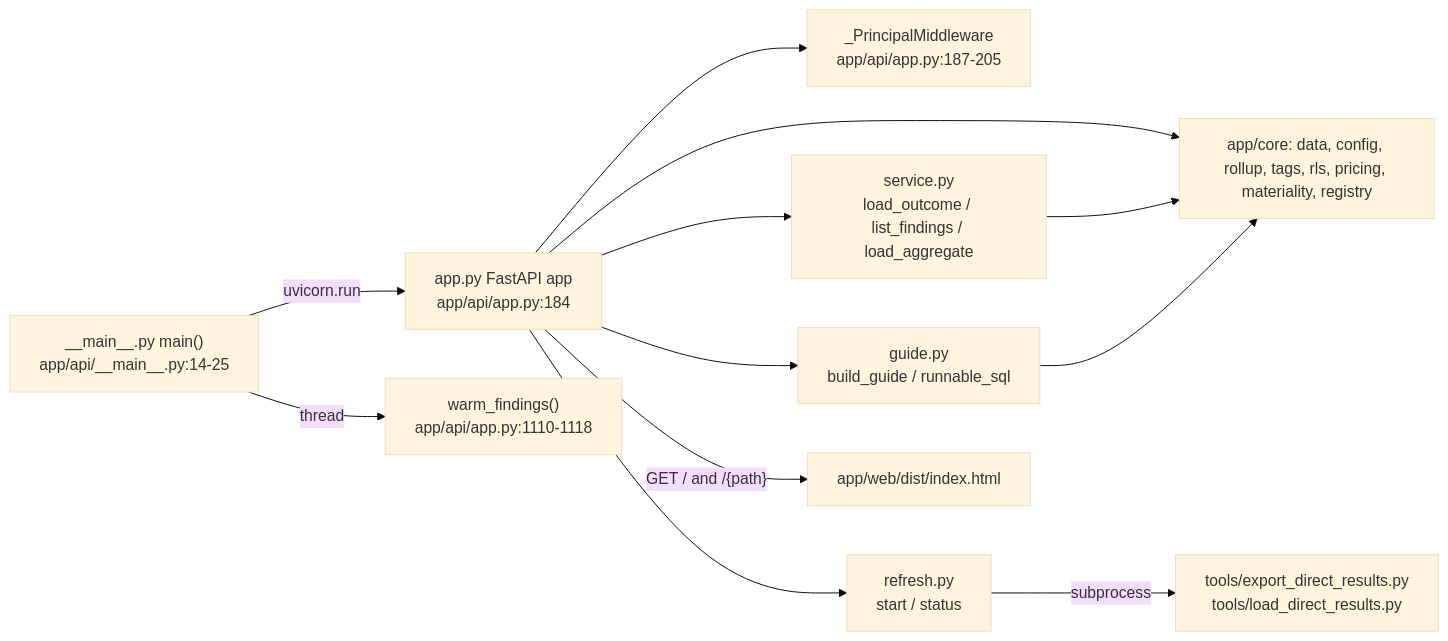
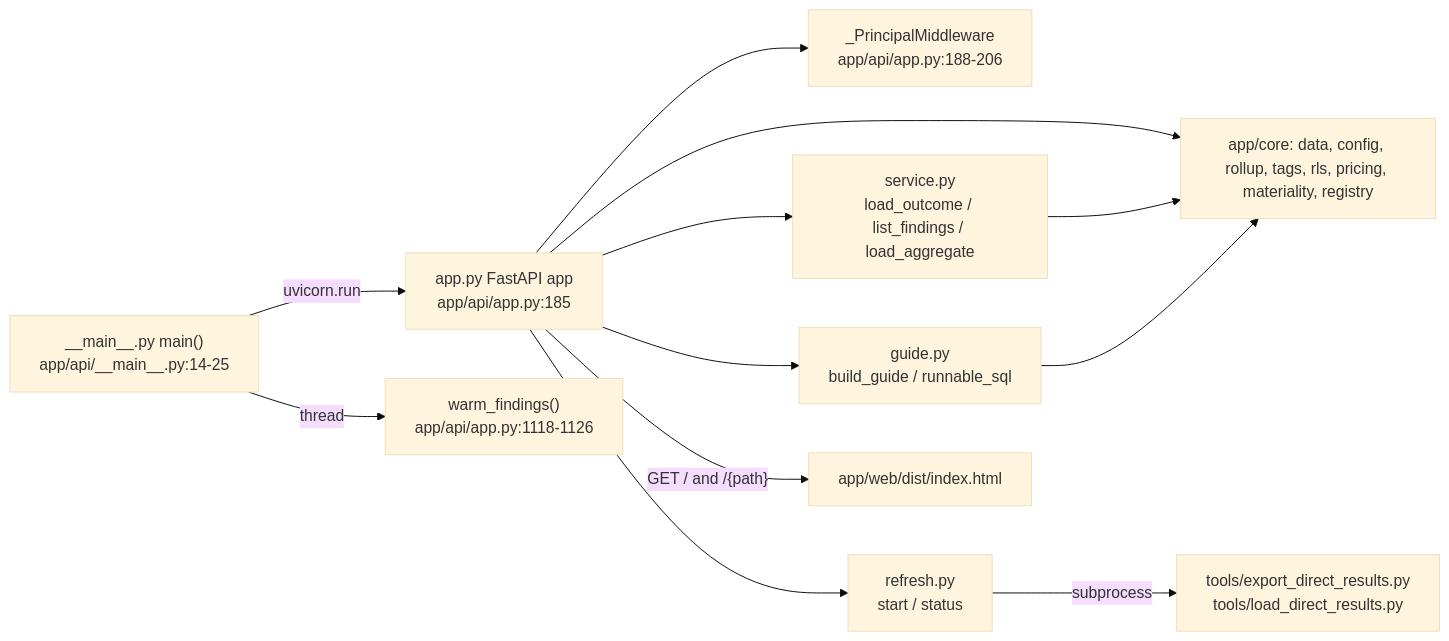
The diagram in databricks-audit-app-knowledge-graph/modules/app_api.md (darshanmeel/databricks-audit-app), drawn with Mermaid (base theme) before and after one commit. The commit also changed other lines of this file and 43 other files, not shown here.

Commit message:
Graph updated for the Data usage Catalogs and Schemas sub-tabs: 8,356 nodes and 23,475 edges

````diff
--- a/databricks-audit-app-knowledge-graph/modules/app_api.md
+++ b/databricks-audit-app-knowledge-graph/modules/app_api.md
@@ -5,14 +5,14 @@
 ```mermaid
 flowchart LR
-  main["__main__.py main()<br/>app/api/__main__.py:14-25"] -->|uvicorn.run| app["app.py FastAPI app<br/>app/api/app.py:184"]
-  main -->|thread| warm["warm_findings()<br/>app/api/app.py:1110-1118"]
-  app --> mw["_PrincipalMiddleware<br/>app/api/app.py:187-205"]
+  main["__main__.py main()<br/>app/api/__main__.py:14-25"] -->|uvicorn.run| app["app.py FastAPI app<br/>app/api/app.py:185"]
+  main -->|thread| warm["warm_findings()<br/>app/api/app.py:1118-1126"]
+  app --> mw["_PrincipalMiddleware<br/>app/api/app.py:188-206"]
   app --> svc["service.py<br/>load_outcome / list_findings / load_aggregate"]
   app --> guide["guide.py<br/>build_guide / runnable_sql"]
   app --> refresh["refresh.py<br/>start / status"]
   app --> core["app/core: data, config, rollup, tags, rls, pricing, materiality, registry"]
   svc --> core
   guide --> core
   refresh -->|subprocess| tools["tools/export_direct_results.py<br/>tools/load_direct_results.py"]
   app -->|"GET / and /{path}"| dist["app/web/dist/index.html"]
 ```
````
